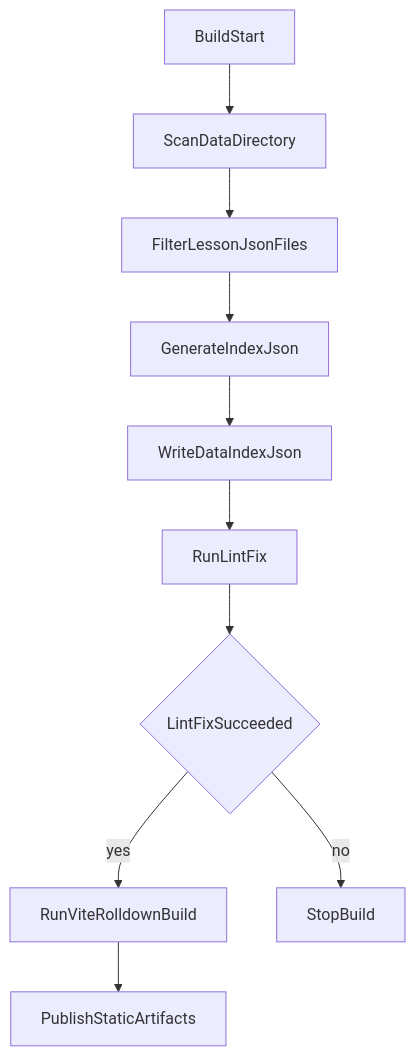
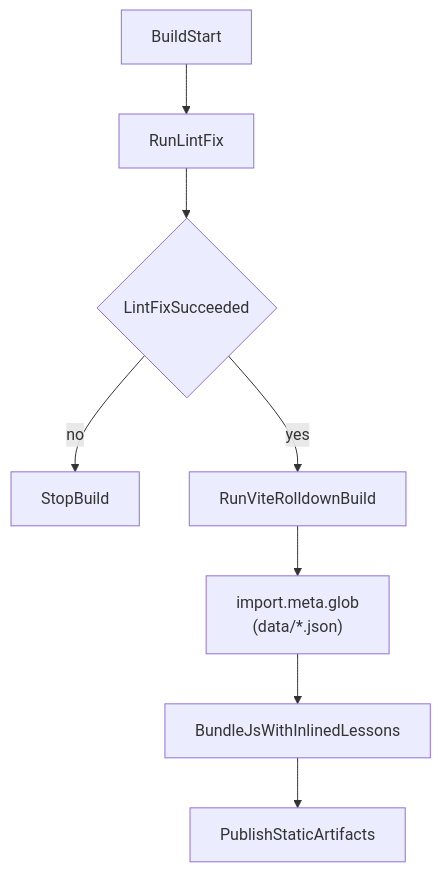
Before and after one commit to kamiyn/italyshadowing: the fourth of 4 diagrams in Documents/Architecture.md, drawn with Mermaid. The commit also changed other lines of this file and 11 other files, not shown here.

````diff
--- a/Documents/Architecture.md
+++ b/Documents/Architecture.md
@@ -162,12 +166,10 @@
 ```mermaid
 flowchart TD
-    buildStart[BuildStart] --> scanDataDir[ScanDataDirectory]
-    scanDataDir --> filterJson[FilterLessonJsonFiles]
-    filterJson --> generateIndex[GenerateIndexJson]
-    generateIndex --> writeIndex[WriteDataIndexJson]
-    writeIndex --> runLintFix[RunLintFix]
+    buildStart[BuildStart] --> runLintFix[RunLintFix]
     runLintFix --> lintFixOk{LintFixSucceeded}
+    lintFixOk -->|no| stopBuild[StopBuild]
     lintFixOk -->|yes| runViteBuild[RunViteRolldownBuild]
-    lintFixOk -->|no| stopBuild[StopBuild]
-    runViteBuild --> publishArtifacts[PublishStaticArtifacts]
+    runViteBuild --> globData["import.meta.glob<br/>(data/*.json)"]
+    globData --> bundleJs[BundleJsWithInlinedLessons]
+    bundleJs --> publishArtifacts[PublishStaticArtifacts]
 ```
````
